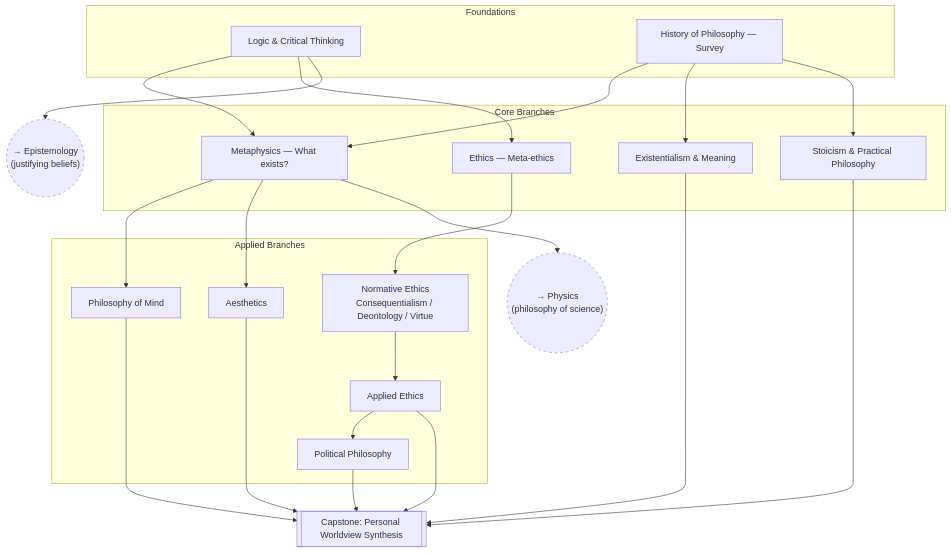
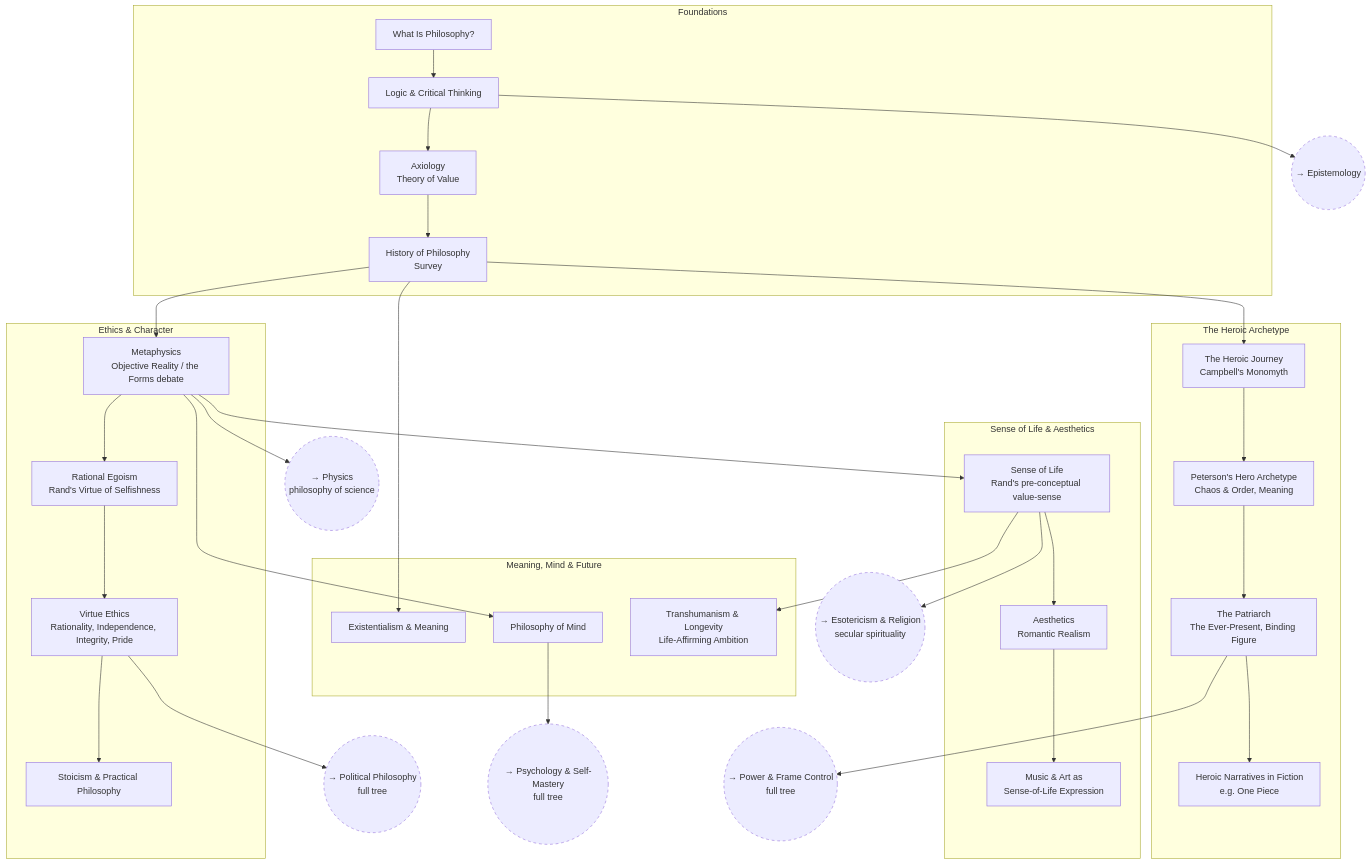
The diagram in trees/personal-philosophy.md (nocontextwindow/skill-trees), drawn with Mermaid before and after one commit. The commit also changed other lines of this file and 16 other files, not shown here.

````diff
--- a/trees/personal-philosophy.md
+++ b/trees/personal-philosophy.md
@@ -8,47 +10,61 @@
 ```mermaid
 flowchart TD
     subgraph Foundations
+        PP_WHATIS[What Is Philosophy?]
         PP_LOGIC[Logic & Critical Thinking]
-        PP_HIST[History of Philosophy — Survey]
+        PP_AXIO[Axiology<br/>Theory of Value]
+        PP_HIST[History of Philosophy<br/>Survey]
+        PP_WHATIS --> PP_LOGIC --> PP_AXIO --> PP_HIST
     end
 
-    subgraph "Core Branches"
-        PP_META[Metaphysics — What exists?]
-        PP_ETH[Ethics — Meta-ethics]
-        PP_EXIS[Existentialism & Meaning]
+    subgraph "Ethics & Character"
+        PP_META[Metaphysics<br/>Objective Reality / the Forms debate]
+        PP_EGO[Rational Egoism<br/>Rand's Virtue of Selfishness]
+        PP_VIRTUE[Virtue Ethics<br/>Rationality, Independence, Integrity, Pride]
         PP_STOIC[Stoicism & Practical Philosophy]
+        PP_META --> PP_EGO --> PP_VIRTUE --> PP_STOIC
     end
 
-    subgraph "Applied Branches"
-        PP_ETH_NORM[Normative Ethics<br/>Consequentialism / Deontology / Virtue]
-        PP_ETH_APP[Applied Ethics]
-        PP_POL[Political Philosophy]
-        PP_MIND[Philosophy of Mind]
-        PP_AES[Aesthetics]
+    subgraph "Sense of Life & Aesthetics"
+        PP_SENSE[Sense of Life<br/>Rand's pre-conceptual value-sense]
+        PP_AES[Aesthetics<br/>Romantic Realism]
+        PP_MUSIC[Music & Art as<br/>Sense-of-Life Expression]
+        PP_SENSE --> PP_AES --> PP_MUSIC
     end
 
-    PP_SYNTH[["Capstone: Personal Worldview Synthesis"]]
+    subgraph "The Heroic Archetype"
+        PP_HERO[The Heroic Journey<br/>Campbell's Monomyth]
+        PP_PETERSON[Peterson's Hero Archetype<br/>Chaos & Order, Meaning]
+        PP_PATRIARCH[The Patriarch<br/>The Ever-Present, Binding Figure]
+        PP_NARR[Heroic Narratives in Fiction<br/>e.g. One Piece]
+        PP_HERO --> PP_PETERSON --> PP_PATRIARCH --> PP_NARR
+    end
 
-    PP_LOGIC --> PP_META
-    PP_LOGIC --> PP_ETH
+    subgraph "Meaning, Mind & Future"
+        PP_EXIS[Existentialism & Meaning]
+        PP_MIND[Philosophy of Mind]
+        PP_TRANS[Transhumanism & Longevity<br/>Life-Affirming Ambition]
+    end
+
     PP_HIST --> PP_META
+    PP_META --> PP_SENSE
+    PP_HIST --> PP_HERO
     PP_HIST --> PP_EXIS
-    PP_HIST --> PP_STOIC
-
-    PP_ETH --> PP_ETH_NORM --> PP_ETH_APP --> PP_POL
     PP_META --> PP_MIND
-    PP_META --> PP_AES
-
-    PP_ETH_APP --> PP_SYNTH
-    PP_EXIS --> PP_SYNTH
-    PP_STOIC --> PP_SYNTH
-    PP_POL --> PP_SYNTH
-    PP_MIND --> PP_SYNTH
-    PP_AES --> PP_SYNTH
+    PP_SENSE --> PP_TRANS
 
     classDef crosslink stroke-dasharray: 5 5
-    PP_EPIS(("→ Epistemology<br/>(justifying beliefs)")):::crosslink
-    PP_PHIL_SCI(("→ Physics<br/>(philosophy of science)")):::crosslink
+    PP_EPIS(("→ Epistemology")):::crosslink
+    PP_PHILSCI(("→ Physics<br/>philosophy of science")):::crosslink
+    PP_POL(("→ Political Philosophy<br/>full tree")):::crosslink
+    PP_SELF(("→ Psychology & Self-Mastery<br/>full tree")):::crosslink
+    PP_PWR(("→ Power & Frame Control<br/>full tree")):::crosslink
+    PP_ES(("→ Esotericism & Religion<br/>secular spirituality")):::crosslink
+
     PP_LOGIC --> PP_EPIS
-    PP_META --> PP_PHIL_SCI
+    PP_META --> PP_PHILSCI
+    PP_VIRTUE --> PP_POL
+    PP_MIND --> PP_SELF
+    PP_PATRIARCH --> PP_PWR
+    PP_SENSE --> PP_ES
 ```
````
